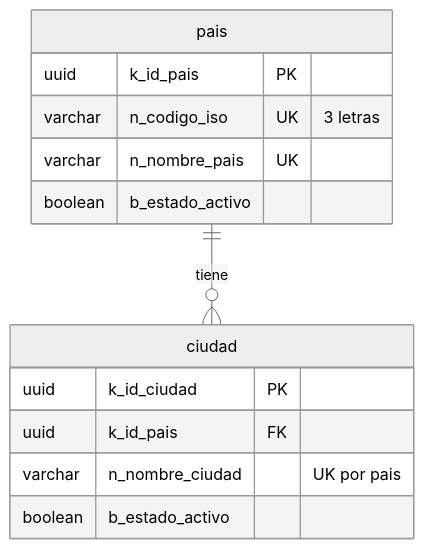
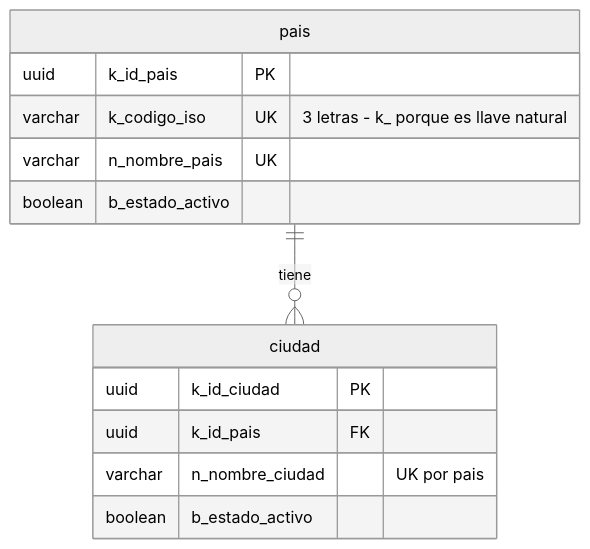
The second of 8 diagrams in SecondBrain/wiki/base-de-datos/esquema-bd-malphasos.md (SeanBol222/MalphasOs), drawn with Mermaid (neutral theme) before and after one commit. The commit also changed other lines of this file and 8 other files, not shown here.

````diff
--- a/SecondBrain/wiki/base-de-datos/esquema-bd-malphasos.md
+++ b/SecondBrain/wiki/base-de-datos/esquema-bd-malphasos.md
@@ -86,16 +124,16 @@
 ```mermaid
 erDiagram
     pais ||--o{ ciudad : "tiene"
     pais {
         uuid k_id_pais PK
-        varchar n_codigo_iso UK "3 letras"
+        varchar k_codigo_iso UK "3 letras - k_ porque es llave natural"
         varchar n_nombre_pais UK
         boolean b_estado_activo
     }
     ciudad {
         uuid k_id_ciudad PK
         uuid k_id_pais FK
         varchar n_nombre_ciudad "UK por pais"
         boolean b_estado_activo
     }
 ```
````
